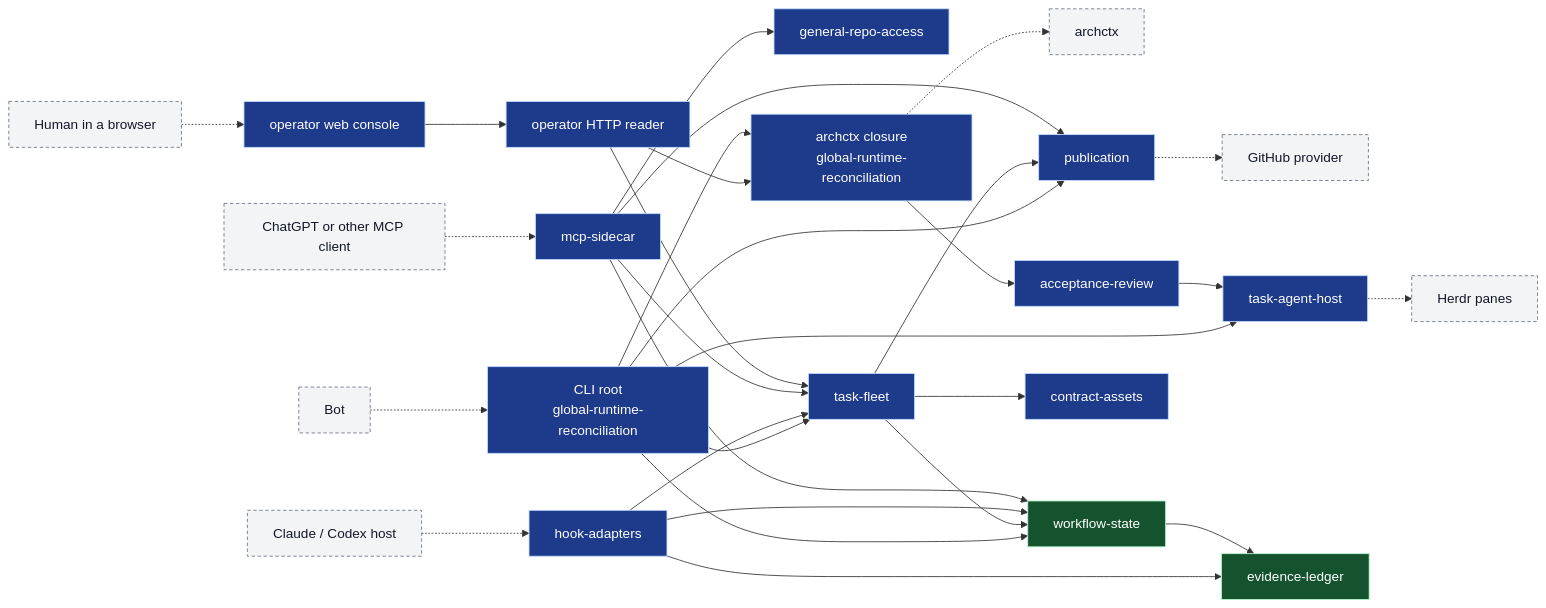
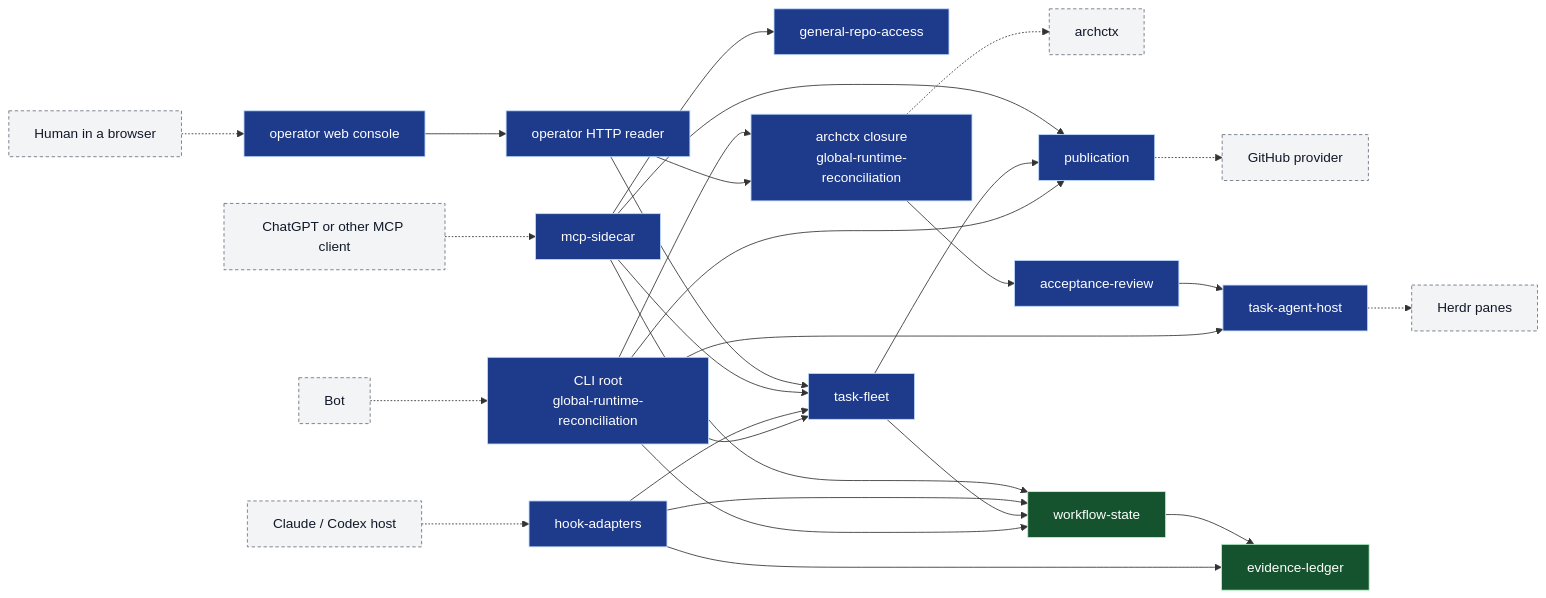
One commit to Ancienttwo/repo-harness changed the diagram in docs/architecture/index.md. Above: the diagram before and after it, drawn with Mermaid. The commit also changed other lines of this file and 3 other files, not shown here.

First line of the commit message:
docs(architecture): add layered, process and namespace topology views

````diff
--- a/docs/architecture/index.md
+++ b/docs/architecture/index.md
@@ -93,62 +96,60 @@
 ```mermaid
 flowchart LR
   classDef ext fill:#f3f4f6,stroke:#6b7280,color:#111827,stroke-dasharray:4 3
   classDef cap fill:#1e3a8a,stroke:#bfdbfe,color:#ffffff
   classDef store fill:#14532d,stroke:#bbf7d0,color:#ffffff
 
   Bot["Bot"]:::ext
   Host["Claude / Codex host"]:::ext
   Client["ChatGPT or other MCP client"]:::ext
   Human["Human in a browser"]:::ext
   Herdr["Herdr panes"]:::ext
   Provider["GitHub provider"]:::ext
   Archctx["archctx"]:::ext
 
   CLI["CLI root<br/>global-runtime-reconciliation"]:::cap
   Hooks["hook-adapters"]:::cap
   MCP["mcp-sidecar"]:::cap
   Repo["general-repo-access"]:::cap
   Console["operator web console"]:::cap
   OpServer["operator HTTP reader"]:::cap
   Closure["archctx closure<br/>global-runtime-reconciliation"]:::cap
   Fleet["task-fleet"]:::cap
   Pub["publication"]:::cap
   TAH["task-agent-host"]:::cap
   Review["acceptance-review"]:::cap
   WS["workflow-state"]:::store
   EL["evidence-ledger"]:::store
-  CA["contract-assets"]:::cap
 
   Bot -.-> CLI
   CLI --> Fleet
   CLI --> TAH
   CLI --> WS
   CLI --> Pub
   Fleet --> WS
-  Fleet --> CA
   Fleet --> Pub
   TAH -.-> Herdr
   Pub -.-> Provider
 
   Host -.-> Hooks
   Hooks --> WS
   Hooks --> EL
   Hooks --> Fleet
 
   Client -.-> MCP
   MCP --> Fleet
   MCP --> Pub
   MCP --> Repo
   MCP --> WS
 
   Human -.-> Console
   Console --> OpServer
   OpServer --> Fleet
   OpServer --> Closure
 
   CLI --> Closure
   Closure -.-> Archctx
   Closure --> Review
   Review --> TAH
   WS --> EL
 ```
````
